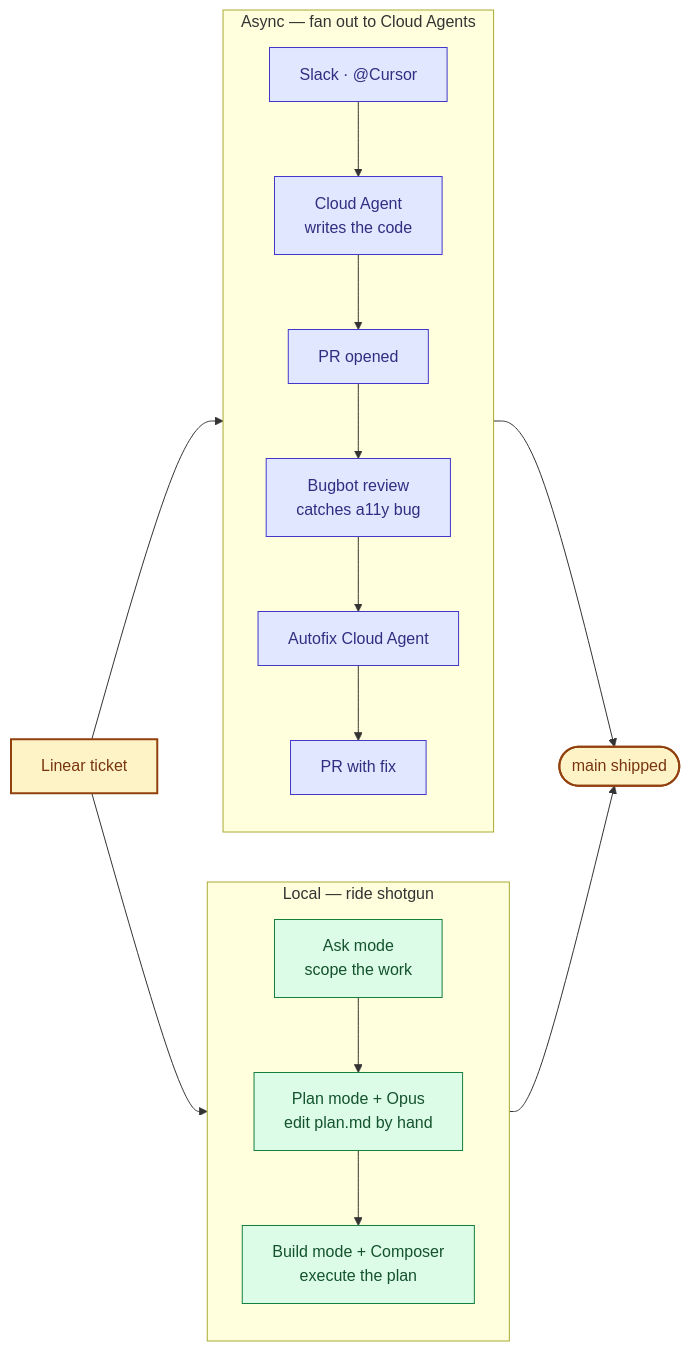
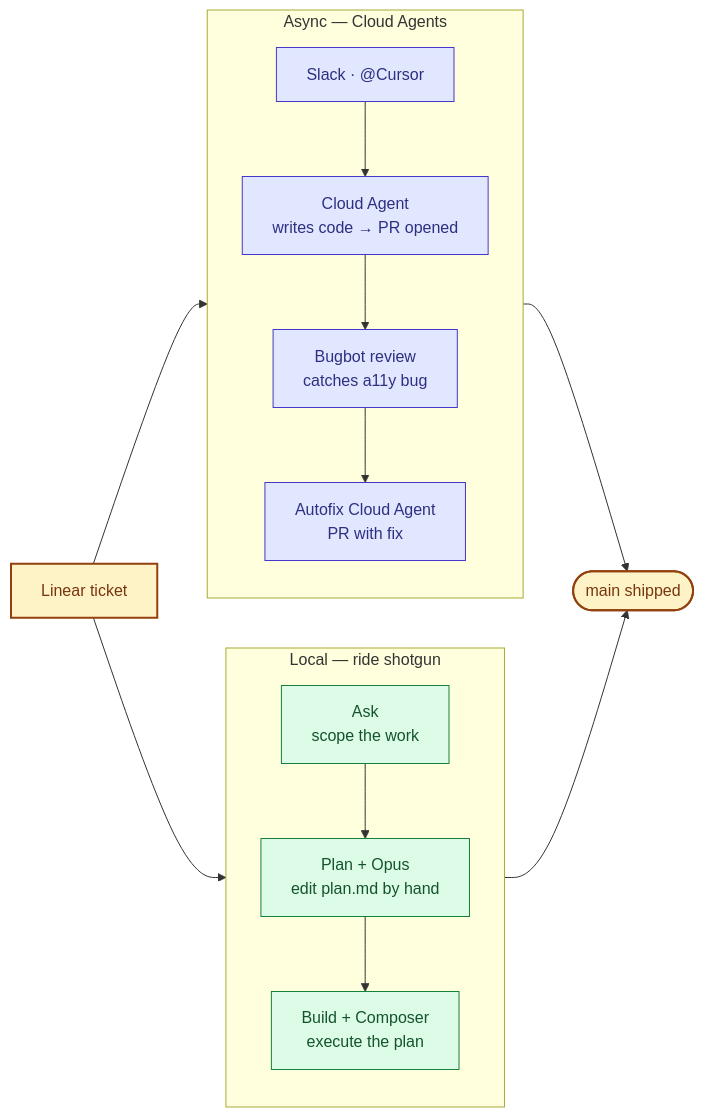
One commit to holdenstirling/firefly-asset-gallery changed the second of 2 diagrams in demo-prep/diagrams.md. Above: the diagram before and after it, drawn with Mermaid. The commit also changed other lines of this file and 6 other files, not shown here.

First line of the commit message:
Add pre-rendered Mermaid diagrams for the demo deck

````diff
--- a/demo-prep/diagrams.md
+++ b/demo-prep/diagrams.md
@@ -52,37 +66,32 @@
 ```mermaid
 flowchart LR
-    L["Linear ticket"]
-    M(["main shipped"])
+    L["Linear ticket"]:::anchor
+
+    subgraph LOCAL["Local — ride shotgun"]
+        direction TB
+        A["Ask<br/>scope the work"]:::local
+        P["Plan + Opus<br/>edit plan.md by hand"]:::local
+        B["Build + Composer<br/>execute the plan"]:::local
+        A --> P --> B
+    end
+
+    subgraph ASYNC["Async — Cloud Agents"]
+        direction TB
+        S["Slack · @Cursor"]:::async
+        C["Cloud Agent<br/>writes code → PR opened"]:::async
+        BB["Bugbot review<br/>catches a11y bug"]:::async
+        F["Autofix Cloud Agent<br/>PR with fix"]:::async
+        S --> C --> BB --> F
+    end
+
+    M(["main shipped"]):::anchor
 
     L --> A
     L --> S
-
-    subgraph LOCAL["Local — ride shotgun"]
-        direction TB
-        A["Ask mode<br/>scope the work"]
-        P["Plan mode + Opus<br/>edit plan.md by hand"]
-        B["Build mode + Composer<br/>execute the plan"]
-        A --> P --> B
-    end
-
-    subgraph ASYNC["Async — fan out to Cloud Agents"]
-        direction TB
-        S["Slack · @Cursor"]
-        C["Cloud Agent<br/>writes the code"]
-        R["PR opened"]
-        BB["Bugbot review<br/>catches a11y bug"]
-        F["Autofix Cloud Agent"]
-        R2["PR with fix"]
-        S --> C --> R --> BB --> F --> R2
-    end
-
     B --> M
-    R2 --> M
+    F --> M
 
     classDef local fill:#dcfce7,stroke:#15803d,color:#14532d,stroke-width:1px;
     classDef async fill:#e0e7ff,stroke:#4338ca,color:#312e81,stroke-width:1px;
     classDef anchor fill:#fef3c7,stroke:#92400e,color:#78350f,stroke-width:2px;
-    class A,P,B local
-    class S,C,R,BB,F,R2 async
-    class L,M anchor
 ```
````
